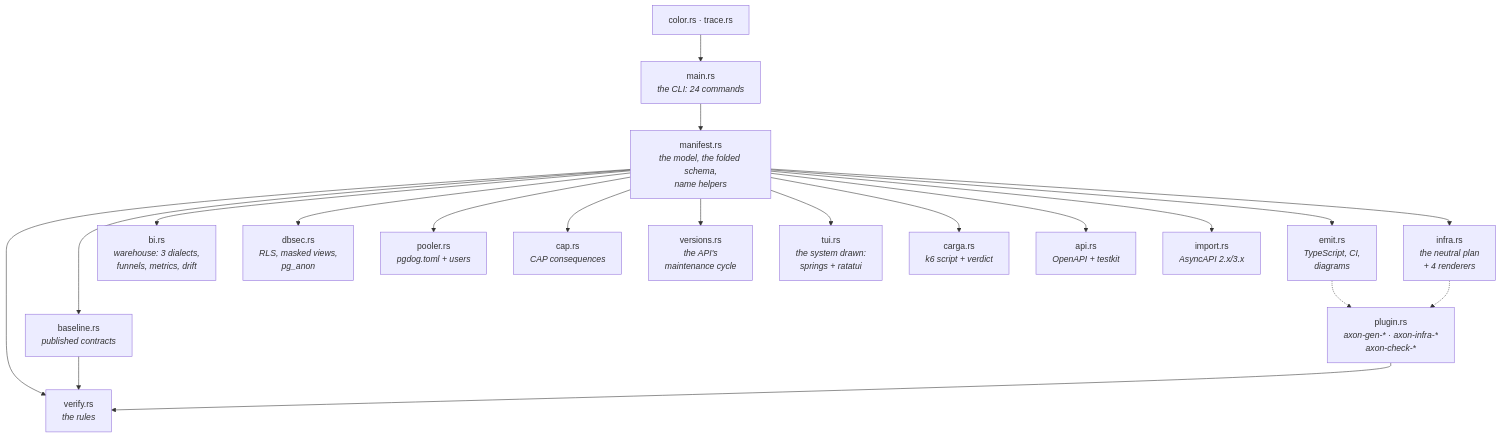
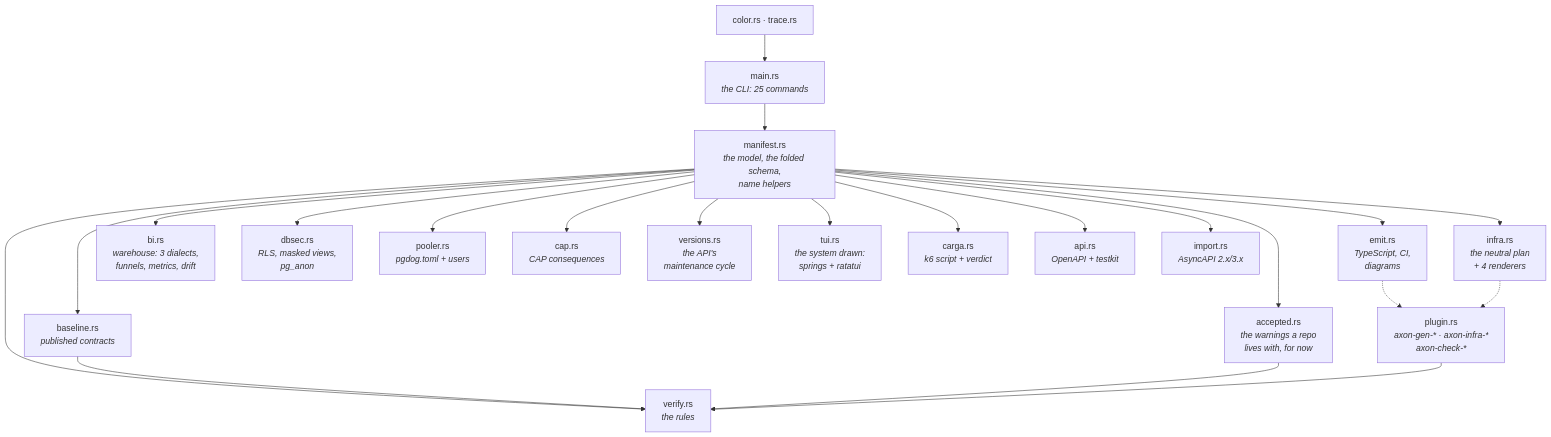
The second of 8 diagrams in docs/src/architecture.md (Andrew-Tellez/axon), drawn with Mermaid before and after one commit. The commit also changed 6 other files, not shown here.

````diff
--- a/docs/src/architecture.md
+++ b/docs/src/architecture.md
@@ -54,26 +54,28 @@
 ```mermaid
 flowchart TB
   MAN["manifest.rs<br/><i>the model, the folded schema,<br/>name helpers</i>"]
 
   MAN --> VER["verify.rs<br/><i>the rules</i>"]
   MAN --> EMIT["emit.rs<br/><i>TypeScript, CI,<br/>diagrams</i>"]
   MAN --> INF["infra.rs<br/><i>the neutral plan<br/>+ 4 renderers</i>"]
   MAN --> BI["bi.rs<br/><i>warehouse: 3 dialects,<br/>funnels, metrics, drift</i>"]
   MAN --> DBS["dbsec.rs<br/><i>RLS, masked views,<br/>pg_anon</i>"]
   MAN --> POOL["pooler.rs<br/><i>pgdog.toml + users</i>"]
   MAN --> CAP["cap.rs<br/><i>CAP consequences</i>"]
   MAN --> VERS["versions.rs<br/><i>the API's<br/>maintenance cycle</i>"]
   MAN --> TUI["tui.rs<br/><i>the system drawn:<br/>springs + ratatui</i>"]
   MAN --> LOAD["carga.rs<br/><i>k6 script + verdict</i>"]
   MAN --> API["api.rs<br/><i>OpenAPI + testkit</i>"]
   MAN --> BASE["baseline.rs<br/><i>published contracts</i>"]
+  MAN --> ACC["accepted.rs<br/><i>the warnings a repo<br/>lives with, for now</i>"]
   MAN --> IMP["import.rs<br/><i>AsyncAPI 2.x/3.x</i>"]
 
   BASE --> VER
+  ACC --> VER
   PLUG["plugin.rs<br/><i>axon-gen-* · axon-infra-*<br/>axon-check-*</i>"] --> VER
   EMIT -.-> PLUG
   INF -.-> PLUG
 
-  MAIN["main.rs<br/><i>the CLI: 24 commands</i>"] --> MAN
+  MAIN["main.rs<br/><i>the CLI: 25 commands</i>"] --> MAN
   COL["color.rs · trace.rs"] --> MAIN
 ```
````
